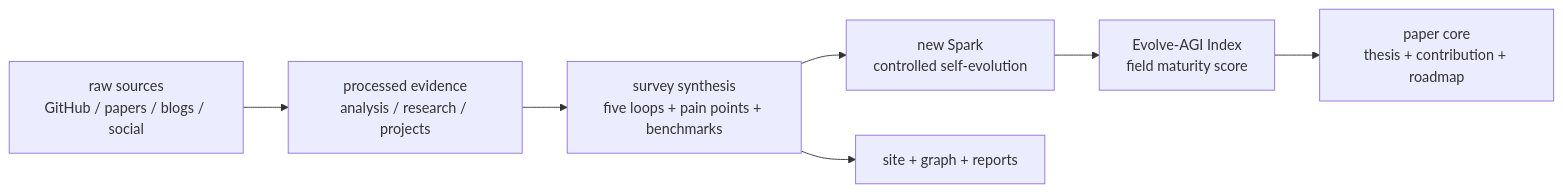
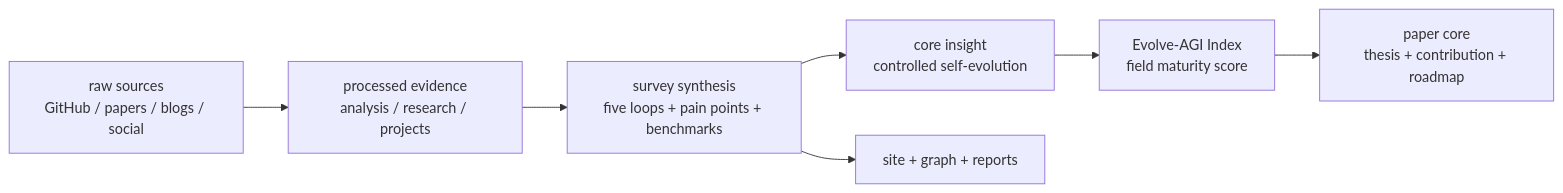
The first of 2 diagrams in README-EN.md (Shiyao-Huang/awesome-agent-evolution), drawn with Mermaid before and after one commit. The commit also changed other lines of this file and 3 other files, not shown here.

````diff
--- a/README-EN.md
+++ b/README-EN.md
@@ -36,9 +36,9 @@
 ```mermaid
 flowchart LR
   RAW["raw sources<br/>GitHub / papers / blogs / social"] --> PROC["processed evidence<br/>analysis / research / projects"]
   PROC --> SURVEY["survey synthesis<br/>five loops + pain points + benchmarks"]
-  SURVEY --> SPARK["new Spark<br/>controlled self-evolution"]
+  SURVEY --> SPARK["core insight<br/>controlled self-evolution"]
   SPARK --> EAI["Evolve-AGI Index<br/>field maturity score"]
   EAI --> PAPER["paper core<br/>thesis + contribution + roadmap"]
   SURVEY --> SITE["site + graph + reports"]
 ```
````
